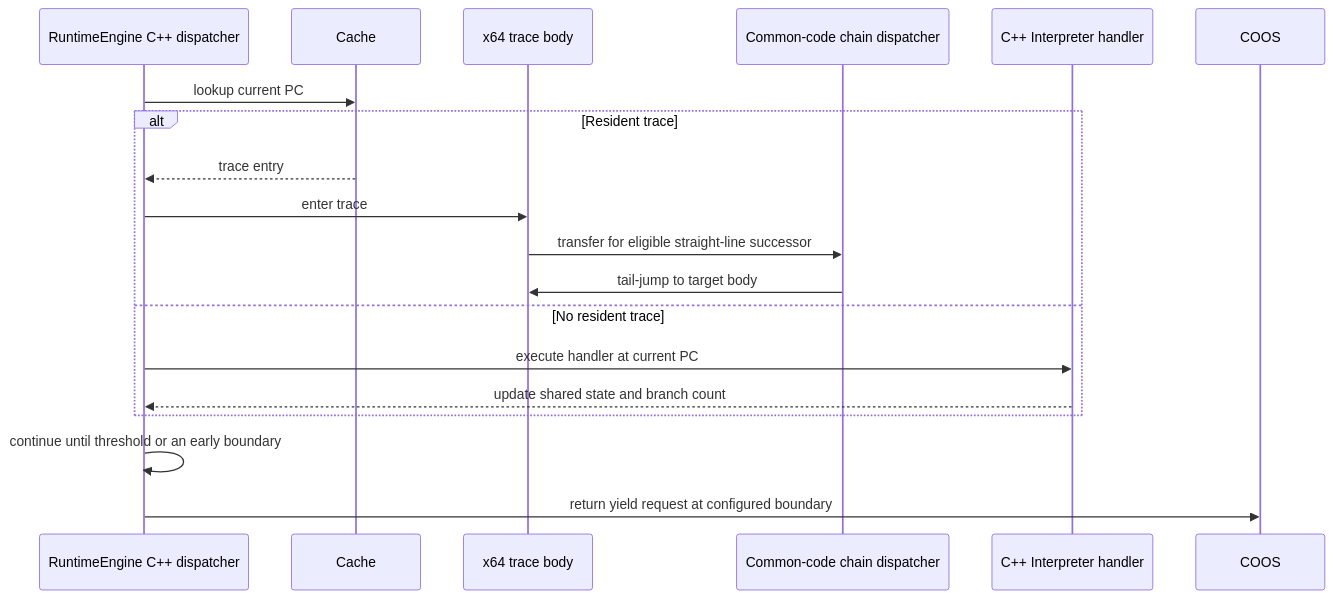
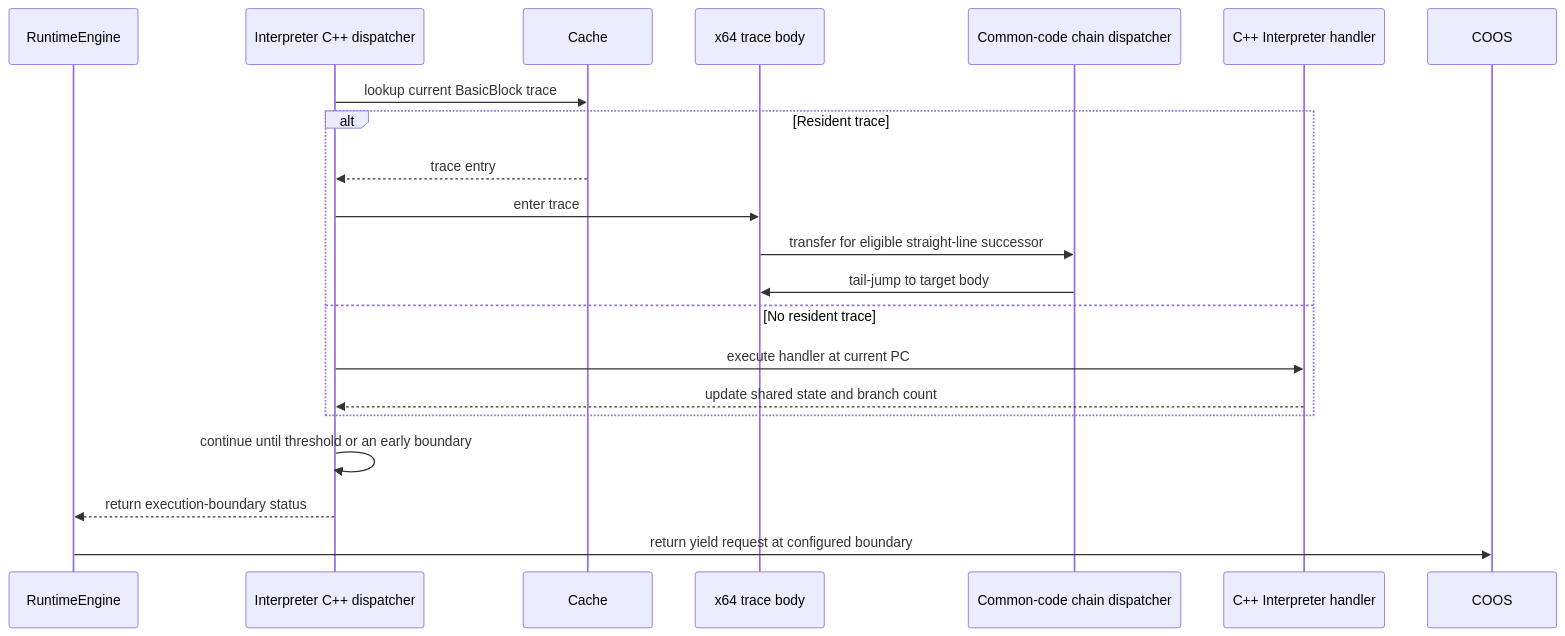
Before and after one commit to kmt-t/fireball: the fourth of 4 diagrams in docs/components/tier3_plugins/jit_compiler.md, drawn with Mermaid. The commit also changed other lines of this file and 74 other files, not shown here.

First line of the commit message:
refactor(runtime): align interpreter and JIT block execution

````diff
--- a/docs/components/tier3_plugins/jit_compiler.md
+++ b/docs/components/tier3_plugins/jit_compiler.md
@@ -296,22 +296,24 @@
 ```mermaid
 sequenceDiagram
-    participant R as RuntimeEngine C++ dispatcher
+    participant R as RuntimeEngine
+    participant I as Interpreter C++ dispatcher
     participant C as Cache
     participant T as x64 trace body
     participant D as Common-code chain dispatcher
     participant H as C++ Interpreter handler
     participant O as COOS
 
-    R->>C: lookup current PC
+    I->>C: lookup current BasicBlock trace
     alt Resident trace
-        C-->>R: trace entry
-        R->>T: enter trace
+        C-->>I: trace entry
+        I->>T: enter trace
         T->>D: transfer for eligible straight-line successor
         D->>T: tail-jump to target body
     else No resident trace
-        R->>H: execute handler at current PC
-        H-->>R: update shared state and branch count
+        I->>H: execute handler at current PC
+        H-->>I: update shared state and branch count
     end
-    R->>R: continue until threshold or an early boundary
+    I->>I: continue until threshold or an early boundary
+    I-->>R: return execution-boundary status
     R->>O: return yield request at configured boundary
 ```
````
